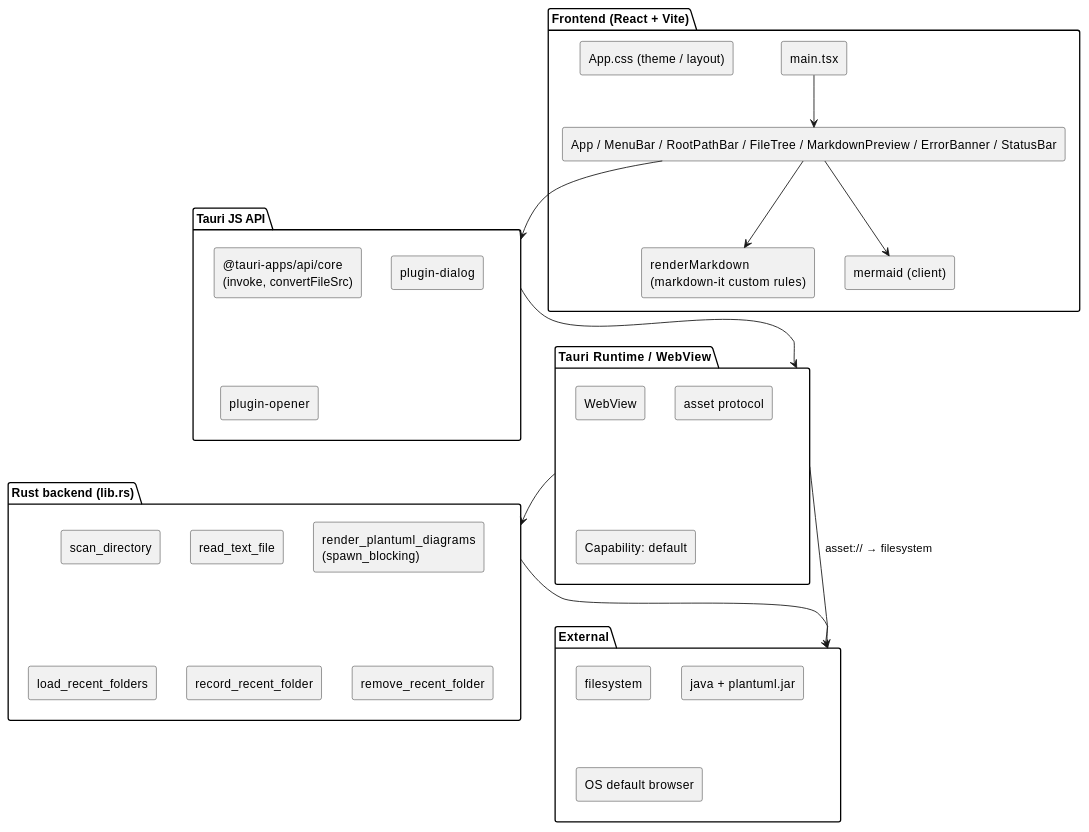
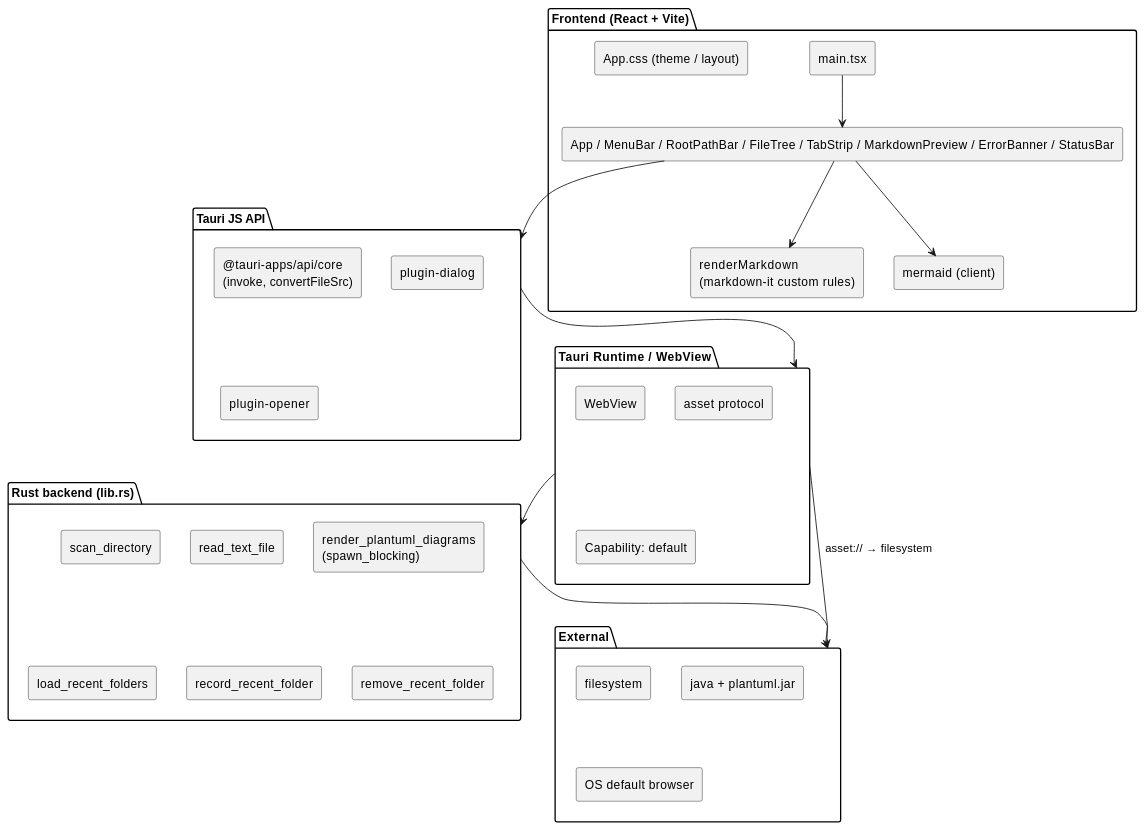
Before and after one commit to an-embedded-engineer/MarkdownViewer: the first of 3 diagrams in docs/components/tauri_viewer/basic_design.md, drawn with PlantUML. The commit also changed other lines of this file and 8 other files, not shown here.

````diff
--- a/docs/components/tauri_viewer/basic_design.md
+++ b/docs/components/tauri_viewer/basic_design.md
@@ -48,50 +61,50 @@
 ```plantuml
 @startuml
 skinparam shadowing false
 skinparam componentStyle rectangle
 
 package "Frontend (React + Vite)" as F {
   [main.tsx]
-  [App / MenuBar / RootPathBar / FileTree / MarkdownPreview / ErrorBanner / StatusBar]
+  [App / MenuBar / RootPathBar / FileTree / TabStrip / MarkdownPreview / ErrorBanner / StatusBar]
   [renderMarkdown\n(markdown-it custom rules)]
   [mermaid (client)]
   [App.css (theme / layout)]
 }
 
 package "Tauri JS API" as TJS {
   [@tauri-apps/api/core\n(invoke, convertFileSrc)]
   [plugin-dialog]
   [plugin-opener]
 }
 
 package "Tauri Runtime / WebView" as TR {
   [WebView]
   [asset protocol]
   [Capability: default]
 }
 
 package "Rust backend (lib.rs)" as R {
   [scan_directory]
   [read_text_file]
   [render_plantuml_diagrams\n(spawn_blocking)]
   [load_recent_folders]
   [record_recent_folder]
   [remove_recent_folder]
 }
 
 package "External" as E {
   [filesystem]
   [java + plantuml.jar]
   [OS default browser]
 }
 
-[main.tsx] --> [App / MenuBar / RootPathBar / FileTree / MarkdownPreview / ErrorBanner / StatusBar]
-[App / MenuBar / RootPathBar / FileTree / MarkdownPreview / ErrorBanner / StatusBar] --> TJS
-[App / MenuBar / RootPathBar / FileTree / MarkdownPreview / ErrorBanner / StatusBar] --> [renderMarkdown\n(markdown-it custom rules)]
-[App / MenuBar / RootPathBar / FileTree / MarkdownPreview / ErrorBanner / StatusBar] --> [mermaid (client)]
+[main.tsx] --> [App / MenuBar / RootPathBar / FileTree / TabStrip / MarkdownPreview / ErrorBanner / StatusBar]
+[App / MenuBar / RootPathBar / FileTree / TabStrip / MarkdownPreview / ErrorBanner / StatusBar] --> TJS
+[App / MenuBar / RootPathBar / FileTree / TabStrip / MarkdownPreview / ErrorBanner / StatusBar] --> [renderMarkdown\n(markdown-it custom rules)]
+[App / MenuBar / RootPathBar / FileTree / TabStrip / MarkdownPreview / ErrorBanner / StatusBar] --> [mermaid (client)]
 TJS --> TR
 TR --> R
 R --> E
 TR --> E : asset:// → filesystem
 @enduml
 ```
````
